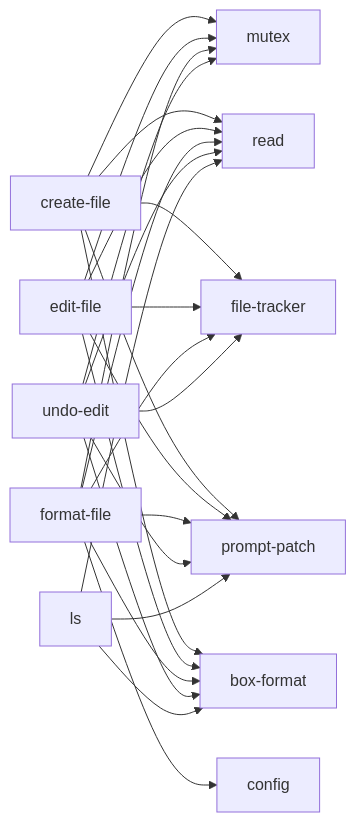
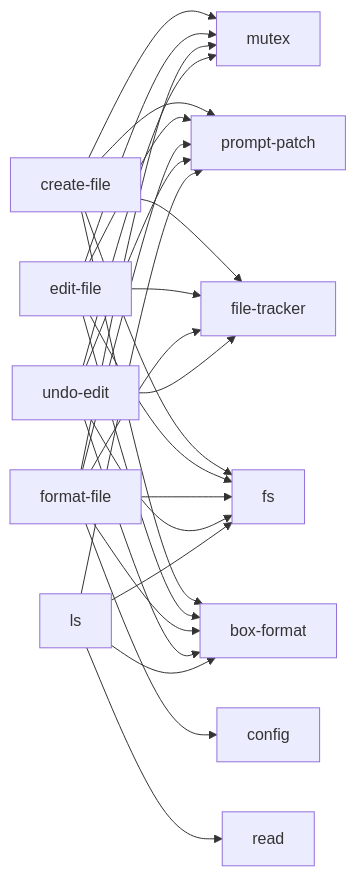
Before and after one commit to bdsqqq/dots: the third of 8 diagrams in user/pi/PACKAGE-GRAPH.md, drawn with Mermaid. The commit also changed other lines of this file and 24 other files, not shown here.

````diff
--- a/user/pi/PACKAGE-GRAPH.md
+++ b/user/pi/PACKAGE-GRAPH.md
@@ -178,31 +182,32 @@
 ```mermaid
 flowchart LR
   create[create-file] --> boxformat[box-format]
   create --> tracker[file-tracker]
+  create --> fs[fs]
   create --> mutex[mutex]
   create --> patch[prompt-patch]
-  create --> read[read]
 
   edit[edit-file] --> boxformat
   edit --> tracker
+  edit --> fs
   edit --> mutex
   edit --> patch
-  edit --> read
 
   format[format-file] --> boxformat
   format --> config
   format --> tracker
+  format --> fs
   format --> mutex
   format --> patch
-  format --> read
 
   undo[undo-edit] --> boxformat
   undo --> tracker
+  undo --> fs
   undo --> mutex
   undo --> patch
-  undo --> read
 
   ls[ls] --> boxformat
+  ls --> fs
   ls --> patch
   ls --> read
 ```
````
